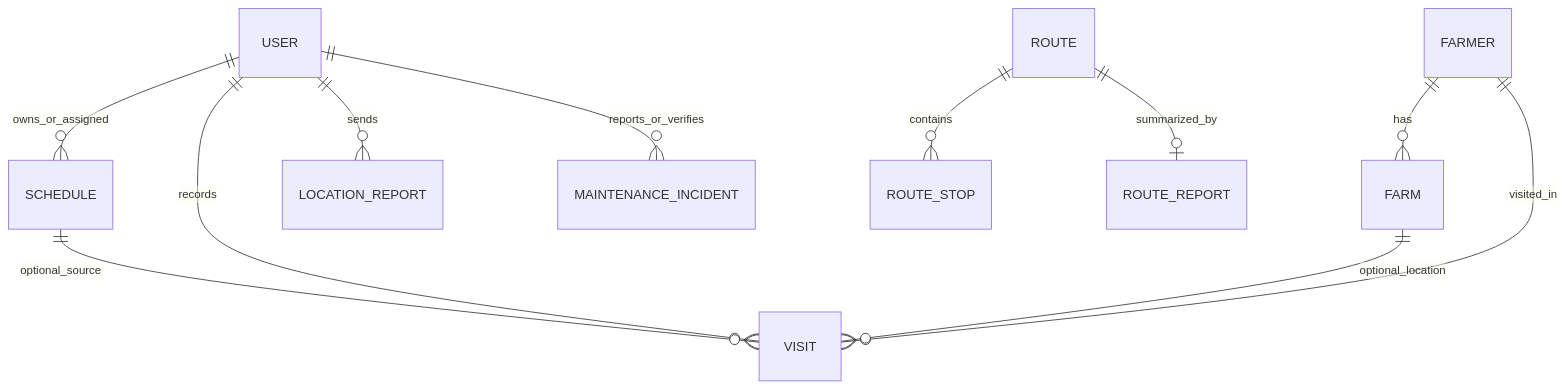
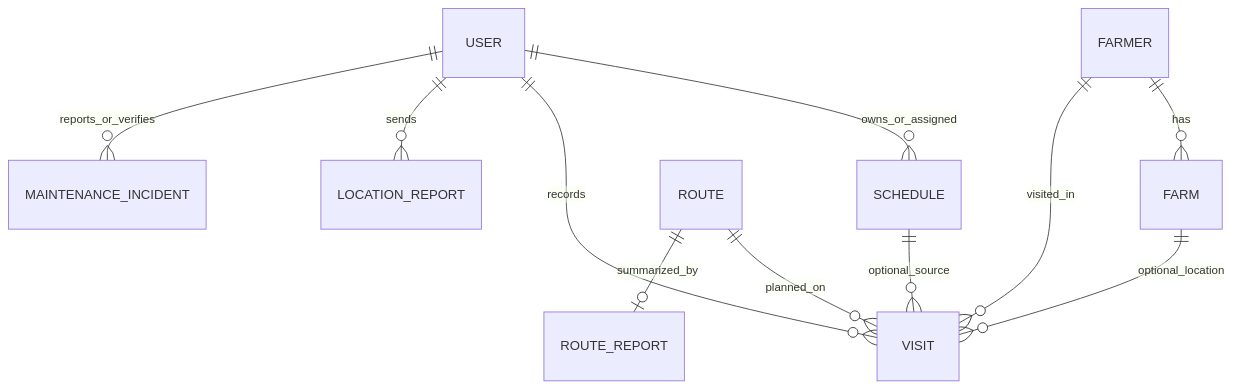
The diagram in docs/wiki/Data-Model.md (dancoon-technologies/mazao-group), drawn with Mermaid before and after one commit. The commit also changed other lines of this file and 23 other files, not shown here.

````diff
--- a/docs/wiki/Data-Model.md
+++ b/docs/wiki/Data-Model.md
@@ -26,13 +26,13 @@
 ```mermaid
 erDiagram
   USER ||--o{ SCHEDULE : owns_or_assigned
   USER ||--o{ VISIT : records
   USER ||--o{ LOCATION_REPORT : sends
   FARMER ||--o{ FARM : has
   FARMER ||--o{ VISIT : visited_in
   FARM ||--o{ VISIT : optional_location
   SCHEDULE ||--o{ VISIT : optional_source
-  ROUTE ||--o{ ROUTE_STOP : contains
+  ROUTE ||--o{ VISIT : planned_on
   ROUTE ||--o| ROUTE_REPORT : summarized_by
   USER ||--o{ MAINTENANCE_INCIDENT : reports_or_verifies
 ```
````
